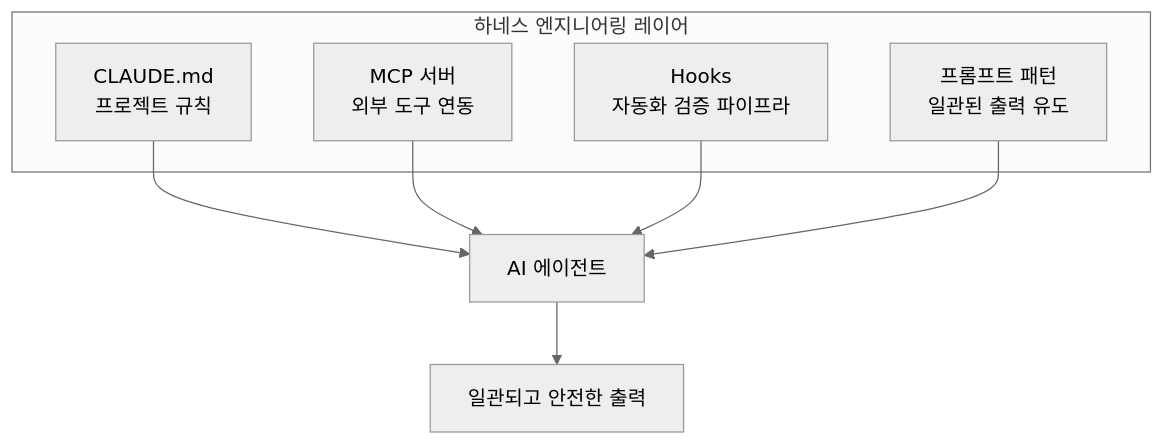
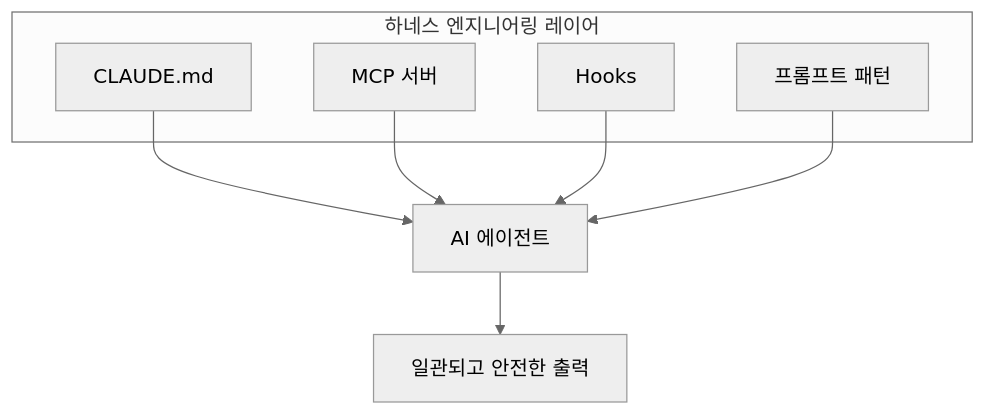
One commit to yjkim2015/yjkim2015.github.io changed the second of 3 diagrams in _posts/ai/2026-05-01-ai-driven-development.md. Above: the diagram before and after it, drawn with Mermaid (neutral theme). The commit also changed other lines of this file and 217 other files, not shown here.

First line of the commit message:
Mermaid 크기 수정: useMaxWidth:true + SVG max-width:100% + 라벨 축소

````diff
--- a/_posts/ai/2026-05-01-ai-driven-development.md
+++ b/_posts/ai/2026-05-01-ai-driven-development.md
@@ -145,14 +145,14 @@
 ```mermaid
 graph TD
     subgraph "하네스 엔지니어링 레이어"
-        CLAUDEMD["CLAUDE.md\n프로젝트 규칙"]
-        MCP["MCP 서버\n외부 도구 연동"]
-        HOOKS["Hooks\n자동화 검증 파이프라"]
-        PROMPT["프롬프트 패턴\n일관된 출력 유도"]
+        CLAUDEMD["CLAUDE.md"]
+        MCP["MCP 서버"]
+        HOOKS["Hooks"]
+        PROMPT["프롬프트 패턴"]
     end
     CLAUDEMD --> AI["AI 에이전트"]
     MCP --> AI
     HOOKS --> AI
     PROMPT --> AI
     AI --> OUTPUT["일관되고 안전한 출력"]
 ```
````
